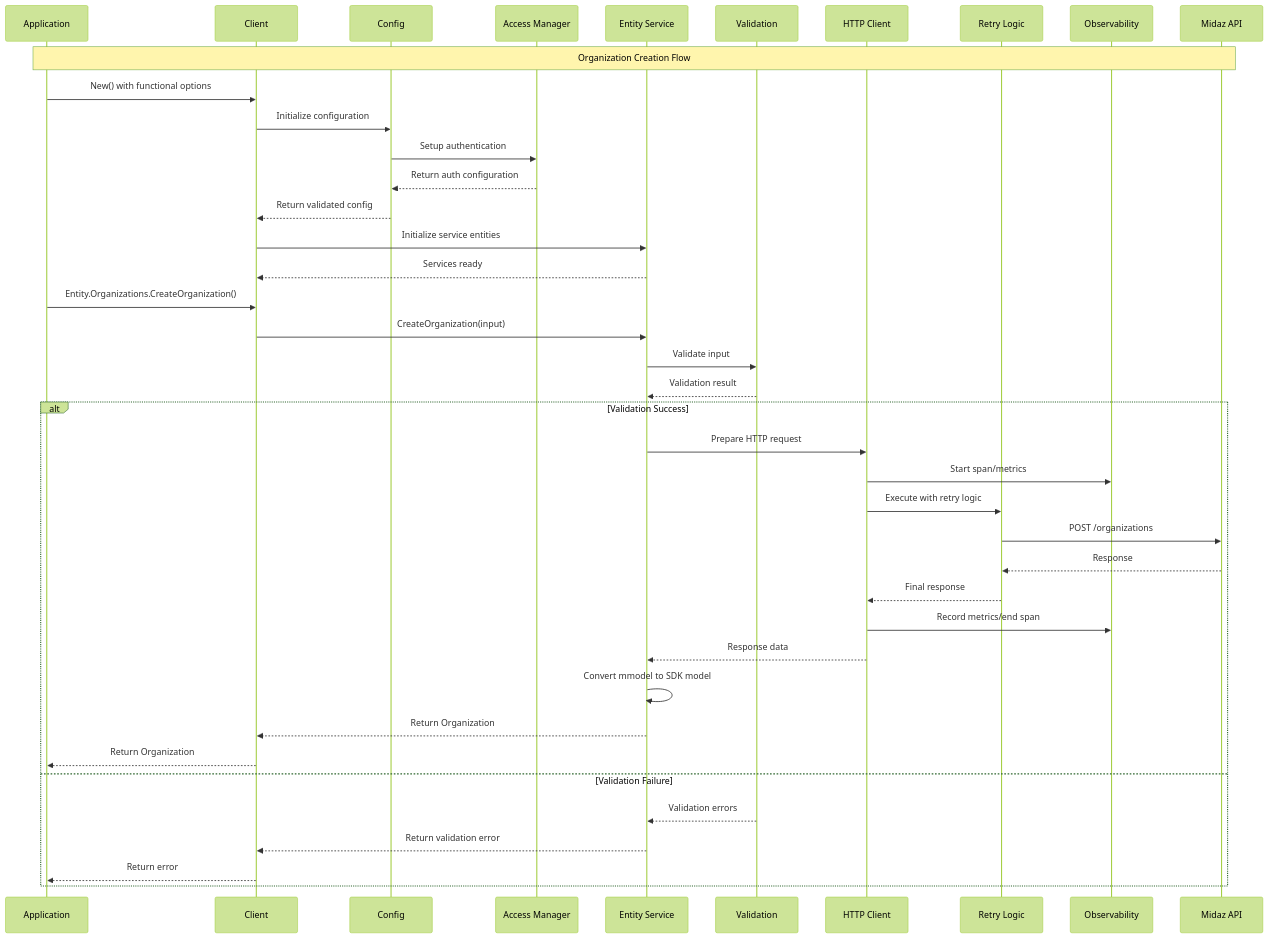
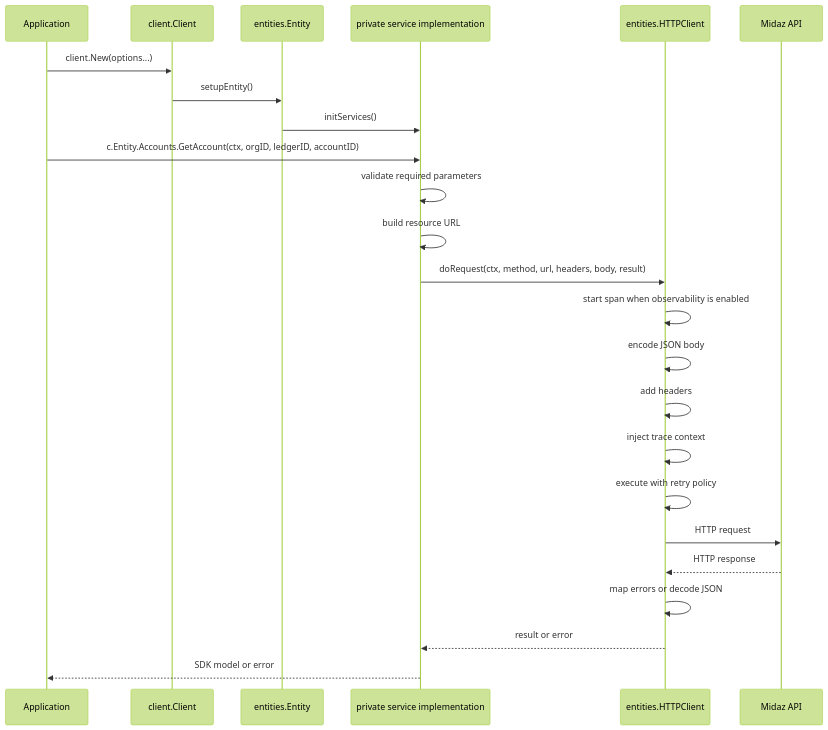
One commit to LerianStudio/midaz-sdk-golang changed the third of 3 diagrams in docs/comprehensive-architecture.md. Above: the diagram before and after it, drawn with Mermaid (forest theme). The commit also changed other lines of this file and 25 other files, not shown here.

````diff
--- a/docs/comprehensive-architecture.md
+++ b/docs/comprehensive-architecture.md
@@ -877,46 +273,28 @@
 ```mermaid
 sequenceDiagram
-    participant APP as Application
-    participant CLIENT as Client
-    participant CONFIG as Config
-    participant AUTH as Access Manager
-    participant ENTITY as Entity Service
-    participant VALIDATION as Validation
-    participant HTTP as HTTP Client
-    participant RETRY as Retry Logic
-    participant OBS as Observability
+    participant App as Application
+    participant Client as client.Client
+    participant Entity as entities.Entity
+    participant Service as private service implementation
+    participant HTTP as entities.HTTPClient
     participant API as Midaz API
 
-    Note over APP,API: Organization Creation Flow
+    App->>Client: client.New(options...)
+    Client->>Entity: setupEntity()
+    Entity->>Service: initServices()
 
-    APP->>CLIENT: New() with functional options
-    CLIENT->>CONFIG: Initialize configuration
-    CONFIG->>AUTH: Setup authentication
-    AUTH-->>CONFIG: Return auth configuration
-    CONFIG-->>CLIENT: Return validated config
-    CLIENT->>ENTITY: Initialize service entities
-    ENTITY-->>CLIENT: Services ready
-
-    APP->>CLIENT: Entity.Organizations.CreateOrganization()
-    CLIENT->>ENTITY: CreateOrganization(input)
-    ENTITY->>VALIDATION: Validate input
-    VALIDATION-->>ENTITY: Validation result
-
-    alt Validation Success
-        ENTITY->>HTTP: Prepare HTTP request
-        HTTP->>OBS: Start span/metrics
-        HTTP->>RETRY: Execute with retry logic
-        RETRY->>API: POST /organizations
-        API-->>RETRY: Response
-        RETRY-->>HTTP: Final response
-        HTTP->>OBS: Record metrics/end span
-        HTTP-->>ENTITY: Response data
-        ENTITY->>ENTITY: Convert mmodel to SDK model
-        ENTITY-->>CLIENT: Return Organization
-        CLIENT-->>APP: Return Organization
-    else Validation Failure
-        VALIDATION-->>ENTITY: Validation errors
-        ENTITY-->>CLIENT: Return validation error
-        CLIENT-->>APP: Return error
-    end
+    App->>Service: c.Entity.Accounts.GetAccount(ctx, orgID, ledgerID, accountID)
+    Service->>Service: validate required parameters
+    Service->>Service: build resource URL
+    Service->>HTTP: doRequest(ctx, method, url, headers, body, result)
+    HTTP->>HTTP: start span when observability is enabled
+    HTTP->>HTTP: encode JSON body
+    HTTP->>HTTP: add headers
+    HTTP->>HTTP: inject trace context
+    HTTP->>HTTP: execute with retry policy
+    HTTP->>API: HTTP request
+    API-->>HTTP: HTTP response
+    HTTP->>HTTP: map errors or decode JSON
+    HTTP-->>Service: result or error
+    Service-->>App: SDK model or error
 ```
````
